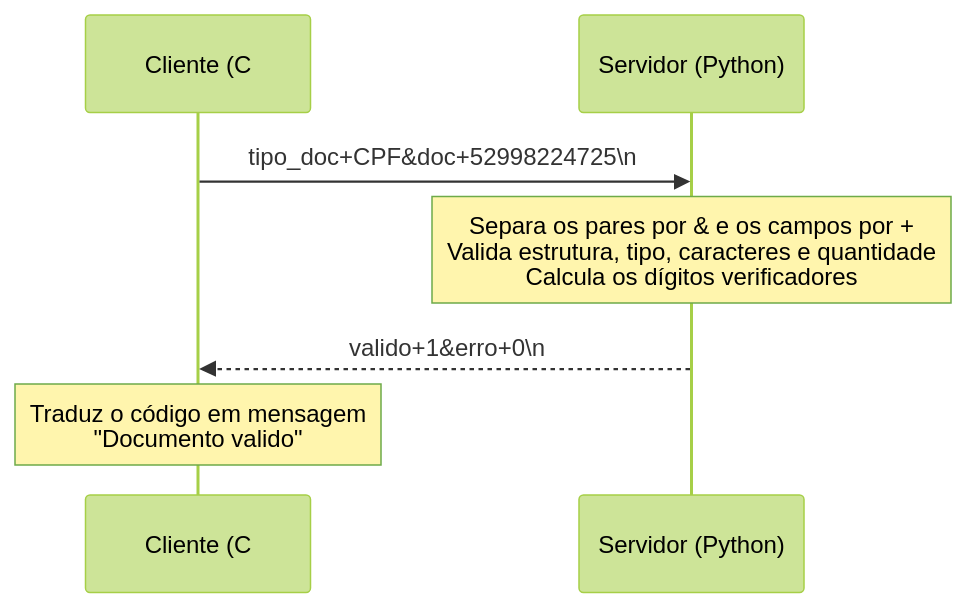
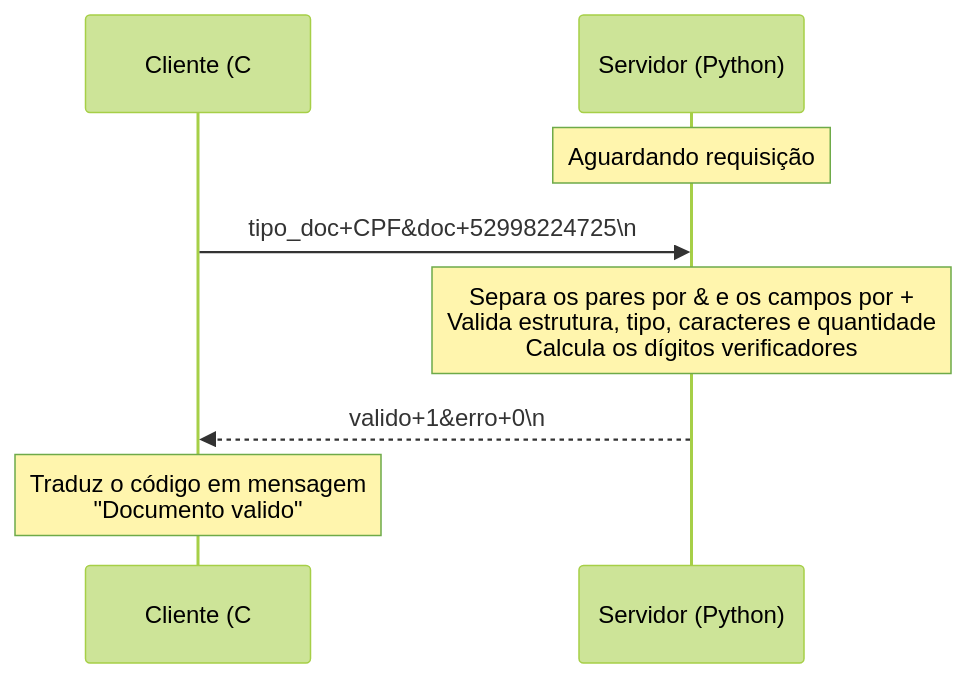
One commit to GabrielPontel/Validador-Documentos-Utilizando-Socket changed the diagram in README.md. Above: the diagram before and after it, drawn with Mermaid (forest theme). The commit also changed other lines of this file, not shown here.

````diff
--- a/README.md
+++ b/README.md
@@ -18,10 +18,11 @@
 ```mermaid
 sequenceDiagram
     participant C as Cliente (C#)
     participant S as Servidor (Python)
 
+    Note over S: Aguardando requisição
     C->>S: tipo_doc+CPF&doc+52998224725\n
     Note over S: Separa os pares por & e os campos por +<br/>Valida estrutura, tipo, caracteres e quantidade<br/>Calcula os dígitos verificadores
     S-->>C: valido+1&erro+0\n
     Note over C: Traduz o código em mensagem<br/>"Documento valido"
 ```
````
